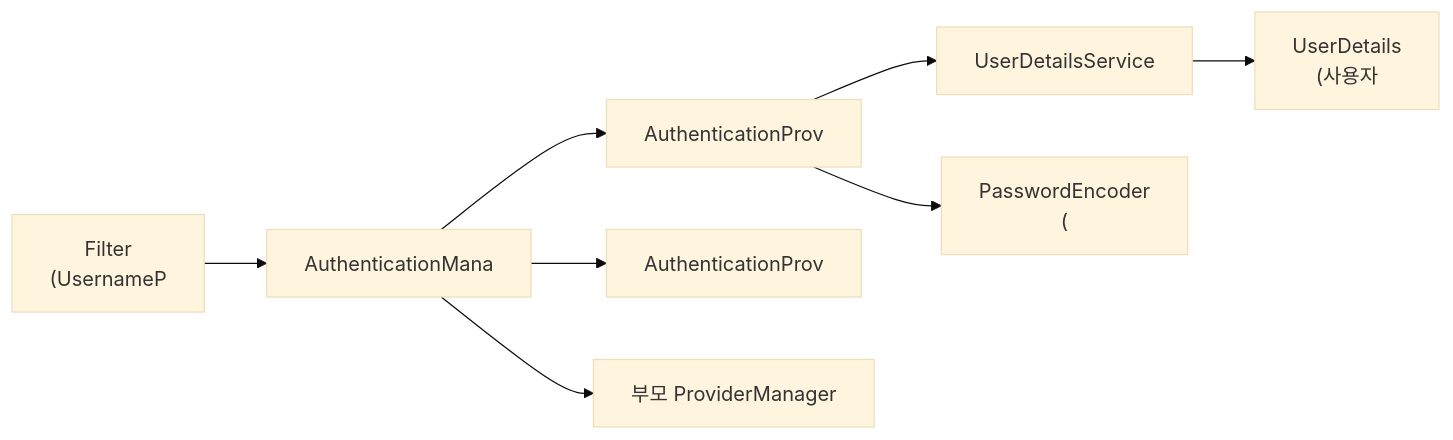
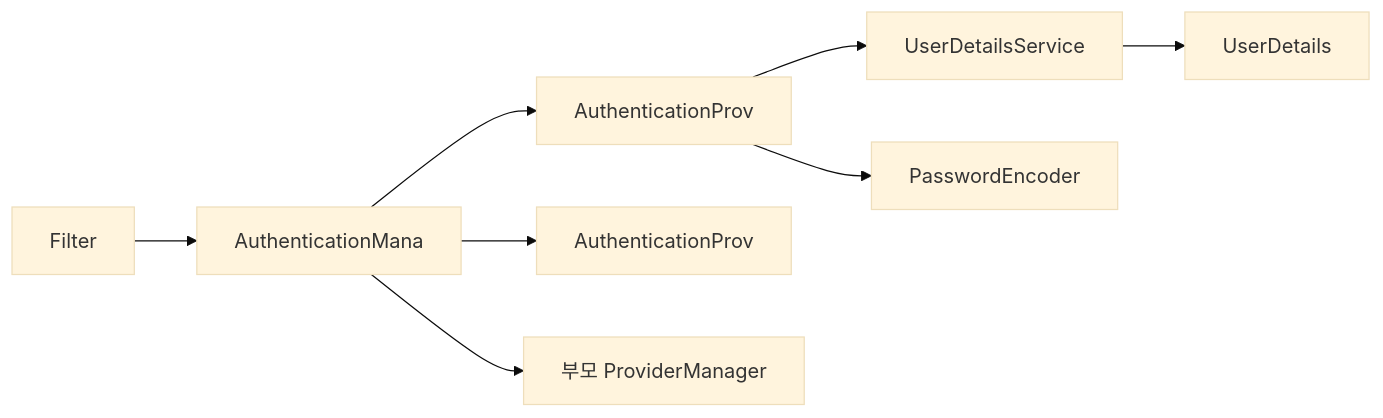
One commit to yjkim2015/yjkim2015.github.io changed the third of 3 diagrams in _posts/security/2021-05-31-AuthenticationFlow.md. Above: the diagram before and after it, drawn with Mermaid (base theme). The commit also changed other lines of this file and 217 other files, not shown here.

First line of the commit message:
Mermaid 크기 수정: useMaxWidth:true + SVG max-width:100% + 라벨 축소

````diff
--- a/_posts/security/2021-05-31-AuthenticationFlow.md
+++ b/_posts/security/2021-05-31-AuthenticationFlow.md
@@ -216,10 +216,10 @@
 ```mermaid
 flowchart LR
-    A["Filter\n(UsernameP"] --> B["AuthenticationMana"]
+    A["Filter"] --> B["AuthenticationMana"]
     B --> C["AuthenticationProv"]
     B --> D["AuthenticationProv"]
     B --> E["부모 ProviderManager"]
     C --> F["UserDetailsService"]
-    C --> G["PasswordEncoder\n("]
-    F --> H["UserDetails\n(사용자"]
+    C --> G["PasswordEncoder"]
+    F --> H["UserDetails"]
 ```
````
